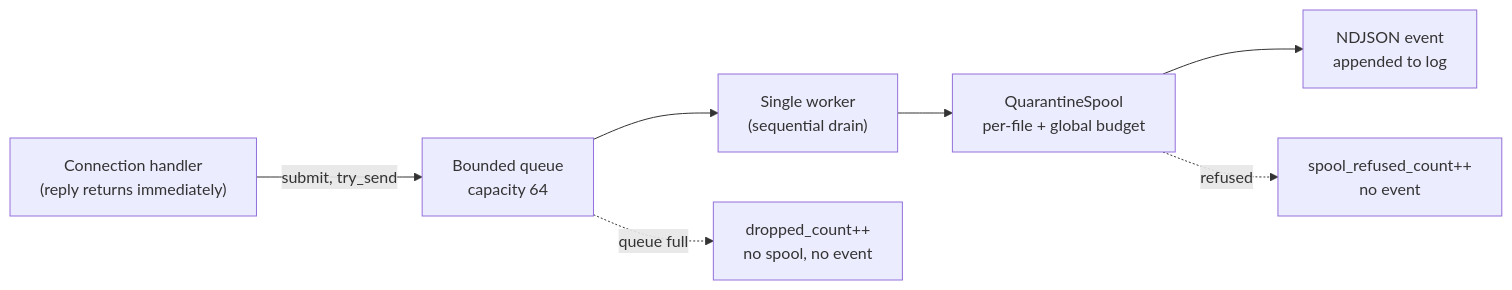
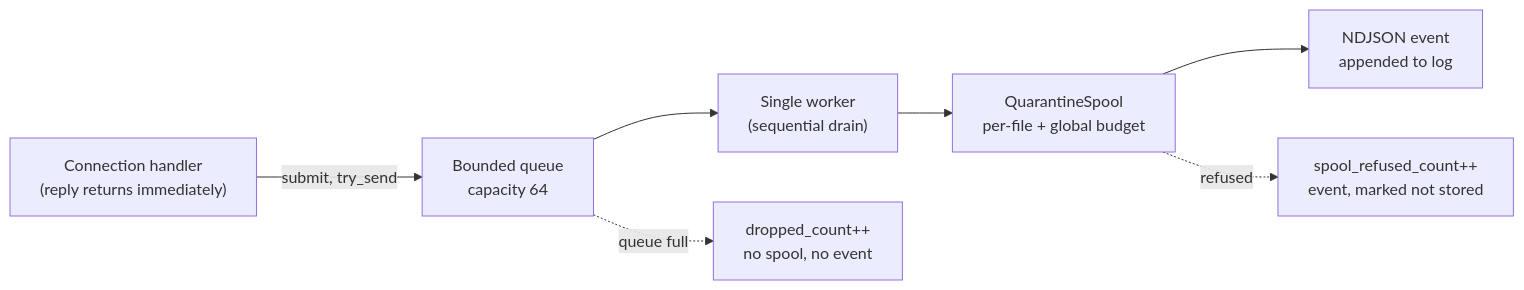
Before and after one commit to brandontroidl/Propolis: the diagram in docs/operations/queue-and-spool.md, drawn with Mermaid. The commit also changed other lines of this file and 7 other files, not shown here.

````diff
--- a/docs/operations/queue-and-spool.md
+++ b/docs/operations/queue-and-spool.md
@@ -27,9 +27,9 @@
 ```mermaid
 flowchart LR
   conn["Connection handler<br/>(reply returns immediately)"] -->|submit, try_send| q["Bounded queue<br/>capacity 64"]
   q --> w["Single worker<br/>(sequential drain)"]
   w --> s["QuarantineSpool<br/>per-file + global budget"]
   s --> ev["NDJSON event<br/>appended to log"]
   q -.->|queue full| d["dropped_count++<br/>no spool, no event"]
-  s -.->|refused| r["spool_refused_count++<br/>no event"]
+  s -.->|refused| r["spool_refused_count++<br/>event, marked not stored"]
 ```
````
